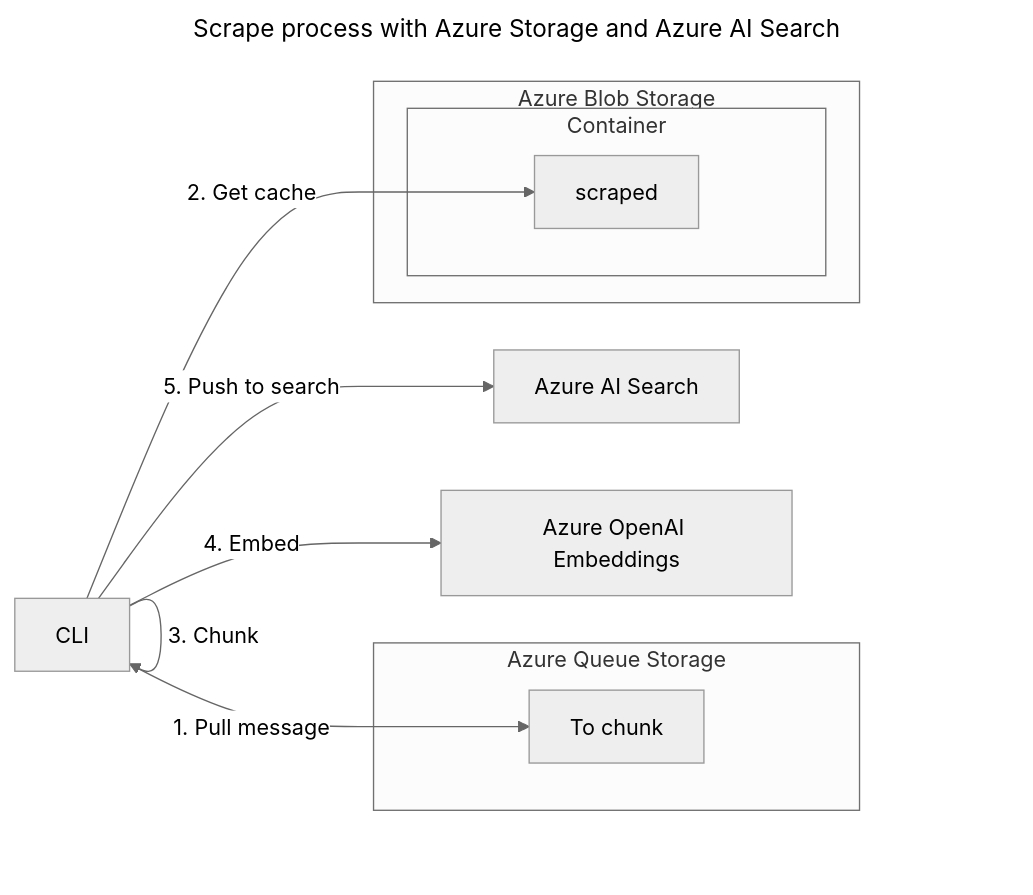
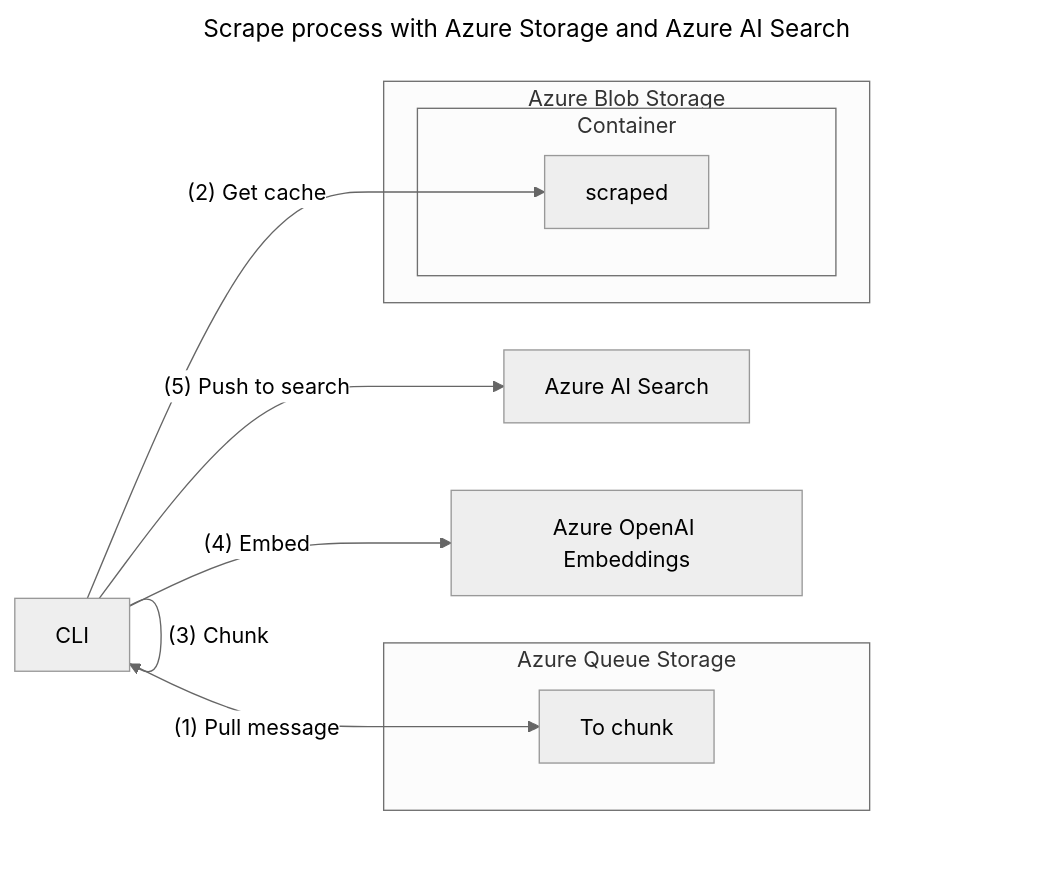
Before and after one commit to clemlesne/scrape-it-now: the second of 2 diagrams in README.md, drawn with Mermaid (neutral theme). The commit also changed other lines of this file, not shown here.

Commit message:
doc: Fix Mermaid diagrams render

````diff
--- a/README.md
+++ b/README.md
@@ -276,25 +276,25 @@
 ```mermaid
 ---
 title: Scrape process with Azure Storage and Azure AI Search
 ---
 graph LR
   search["Azure AI Search"]
   cli["CLI"]
   embeddings["Azure OpenAI Embeddings"]
 
   subgraph "Azure Queue Storage"
     to_chunk["To chunk"]
   end
 
   subgraph "Azure Blob Storage"
     subgraph "Container"
       scraped["scraped"]
     end
   end
 
-  cli -- 1. Pull message --> to_chunk
-  cli -- 2. Get cache --> scraped
-  cli -- 3. Chunk --> cli
-  cli -- 4. Embed --> embeddings
-  cli -- 5. Push to search --> search
+  cli -- (1) Pull message --> to_chunk
+  cli -- (2) Get cache --> scraped
+  cli -- (3) Chunk --> cli
+  cli -- (4) Embed --> embeddings
+  cli -- (5) Push to search --> search
 ```
````
